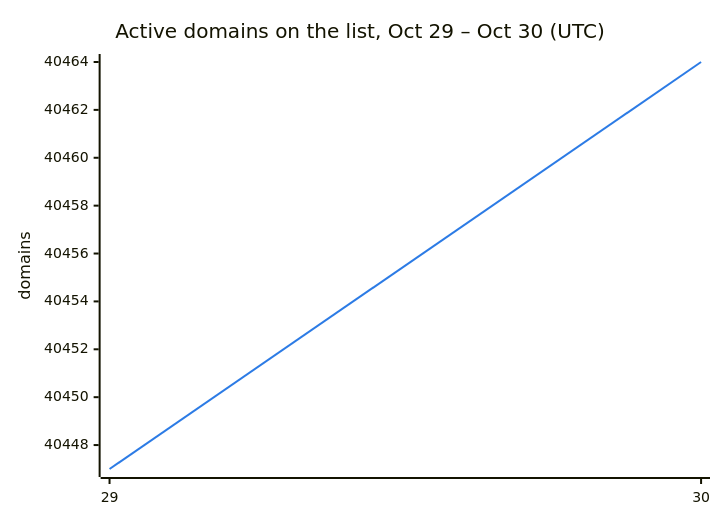
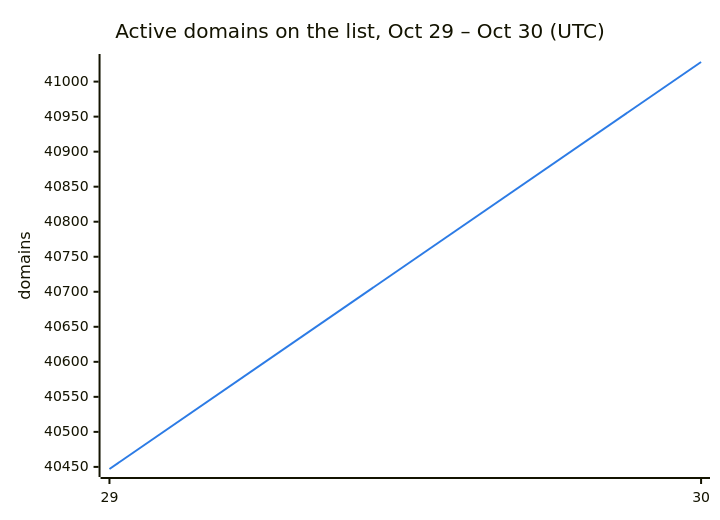
One commit to DNSBunker/CTI changed the second of 3 diagrams in README.md. Above: the diagram before and after it, drawn with Mermaid. The commit also changed other lines of this file and 3 other files, not shown here.

````diff
--- a/README.md
+++ b/README.md
@@ -38,8 +38,8 @@
 ```mermaid
 %%{init: {"themeVariables": {"xyChart": {"plotColorPalette": "#2c7be5"}}}}%%
 xychart-beta
     title "Active domains on the list, Oct 29 – Oct 30 (UTC)"
     x-axis ["29", "30"]
     y-axis "domains"
-    line [40447, 40464]
+    line [40447, 41028]
 ```
````
